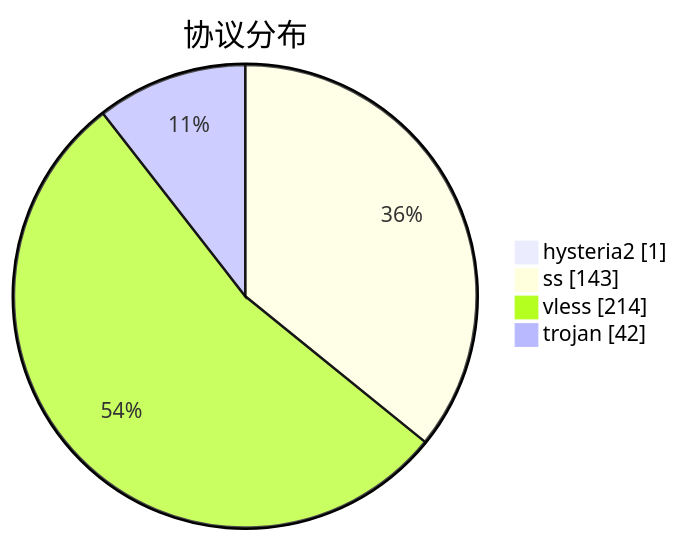
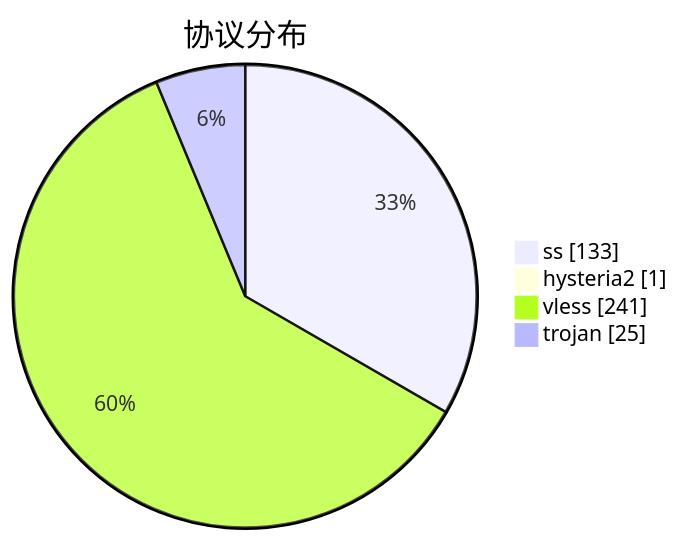
The third of 3 diagrams in subs/statistics/tested_within.md (qjlxg/airport), drawn with Mermaid before and after one commit. The commit also changed other lines of this file and 2 other files, not shown here.

````diff
--- a/subs/statistics/tested_within.md
+++ b/subs/statistics/tested_within.md
@@ -19,8 +18,8 @@
 ```mermaid
 pie showData
 title 协议分布
+"ss" : 133
 "hysteria2" : 1
-"ss" : 143
-"vless" : 214
-"trojan" : 42
+"vless" : 241
+"trojan" : 25
 ```
````
